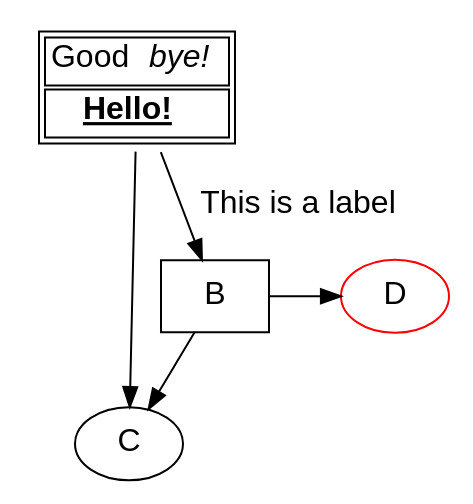
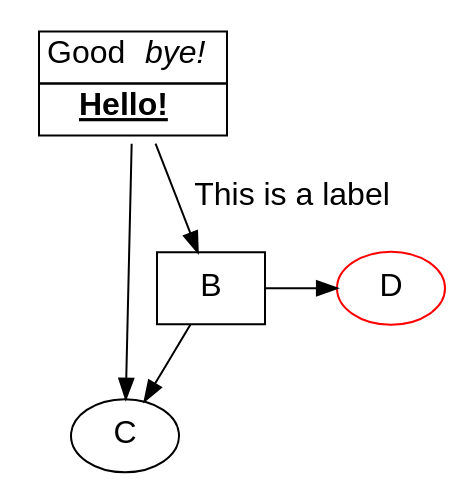
One commit to softwaretechnik-berlin/graphviz-scala changed the diagram in doc/test.dot. Above: the diagram before and after it, drawn with Graphviz. The commit also changed 4 other files, not shown here.

```diff
--- a/doc/test.dot
+++ b/doc/test.dot
@@ -1,33 +1,33 @@
 digraph  {
   node  [
     fontname = "Helvetica";
     fontsize = 16.0;
   ];
   edge  [
     fontname = "Helvetica";
     fontsize = 16.0;
   ];
   fontname = "Helvetica";
   fontsize = 16.0;
   A [
-    label = <<TABLE><TR><TD>Good <I>bye!</I></TD></TR><TR><TD><B><U>Hello!</U></B></TD></TR></TABLE>>;
+    label = <<TABLE border="0" cellBorder="1" cellPadding="3" cellSpacing="0"><TR>List(<TD>Good <I>bye!</I></TD>)</TR><TR>List(<TD><B><U>Hello!</U></B></TD>)</TR></TABLE>>;
     shape = none;
   ];
   C;
   subgraph  {
     rank = same;
     B [
       shape = box;
     ];
     D [
       color = "#FF0000";
     ];
   }
   
   A -> B [
     label = "This is a label";
   ];
   A -> C;
   B -> C;
   B -> D;
 }
```
